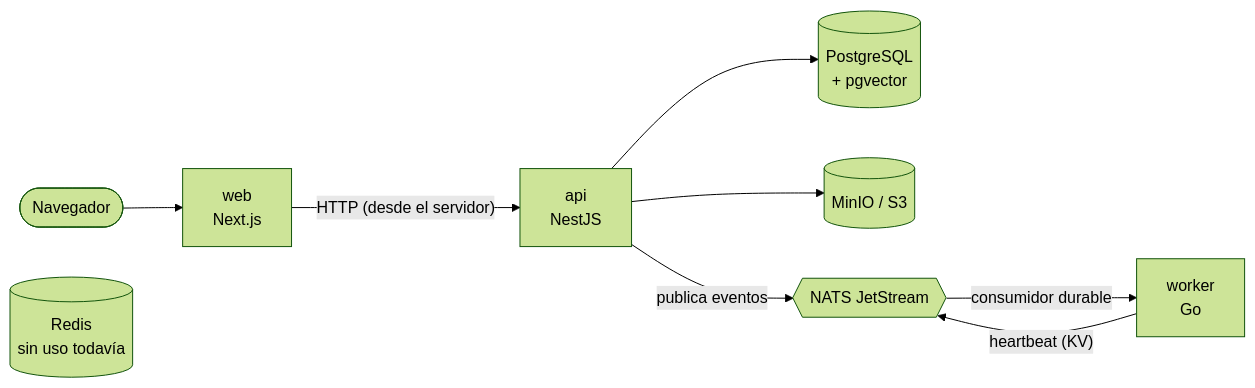
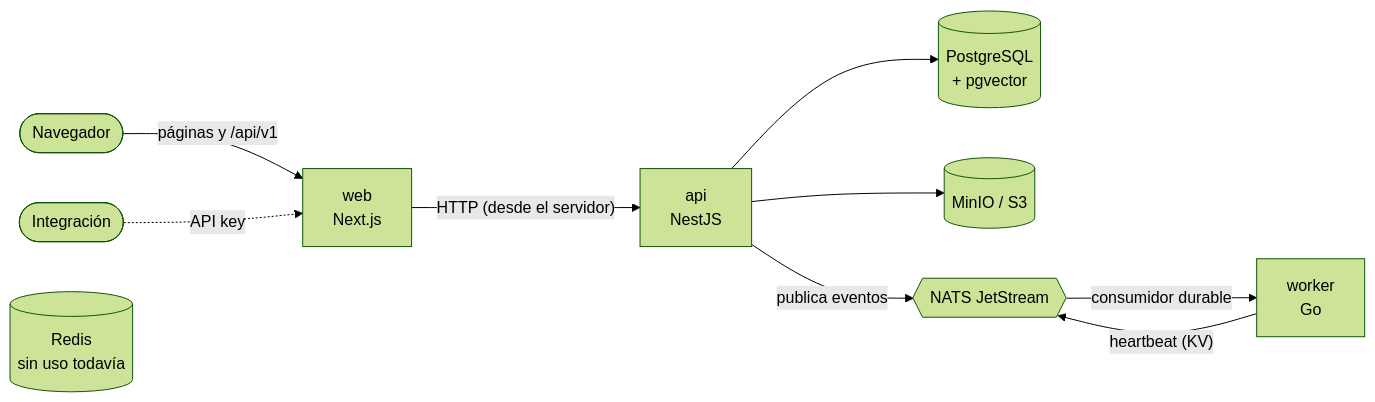
Before and after one commit to ricardoverita/verarag: the first of 3 diagrams in docs/architecture/overview.md, drawn with Mermaid (forest theme). The commit also changed other lines of this file and 16 other files, not shown here.

````diff
--- a/docs/architecture/overview.md
+++ b/docs/architecture/overview.md
@@ -7,11 +7,12 @@
 ```mermaid
 flowchart LR
-    browser([Navegador]) --> web["web<br/>Next.js"]
+    browser([Navegador]) -- "páginas y /api/v1" --> web["web<br/>Next.js"]
+    program([Integración]) -. "API key" .-> web
     web -- "HTTP (desde el servidor)" --> api["api<br/>NestJS"]
     api --> postgres[("PostgreSQL<br/>+ pgvector")]
     api --> storage[("MinIO / S3")]
     api -- "publica eventos" --> nats{{"NATS JetStream"}}
     nats -- "consumidor durable" --> worker["worker<br/>Go"]
     worker -- "heartbeat (KV)" --> nats
     redis[("Redis<br/>sin uso todavía")]
 ```
````
